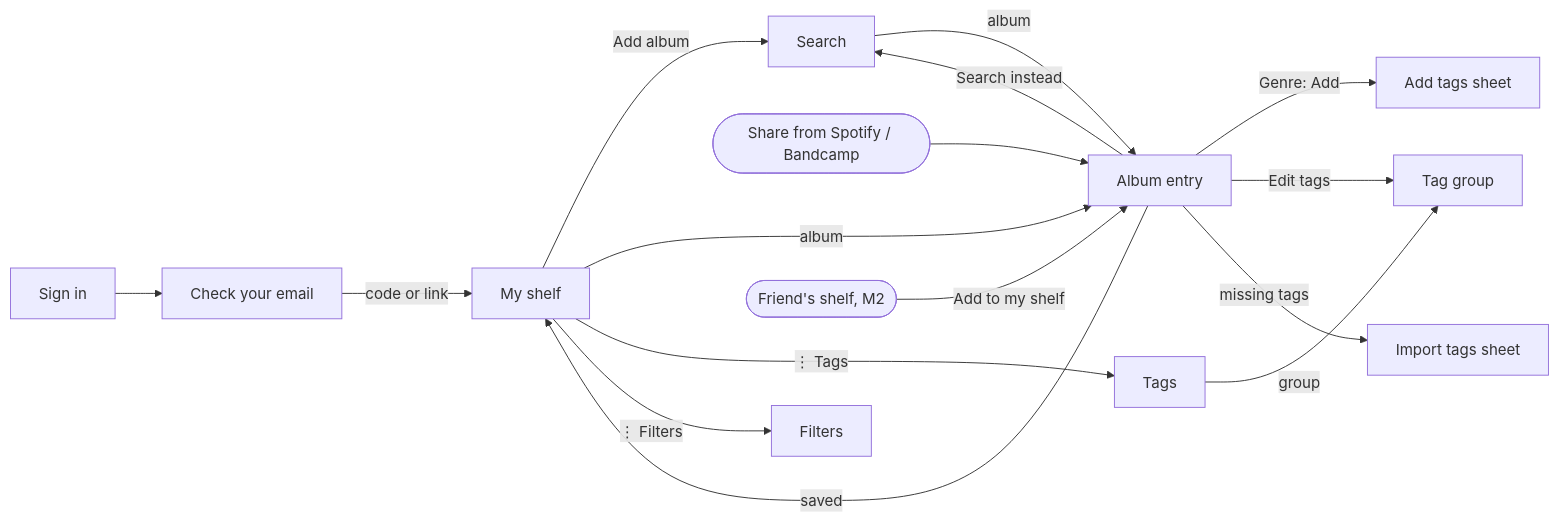
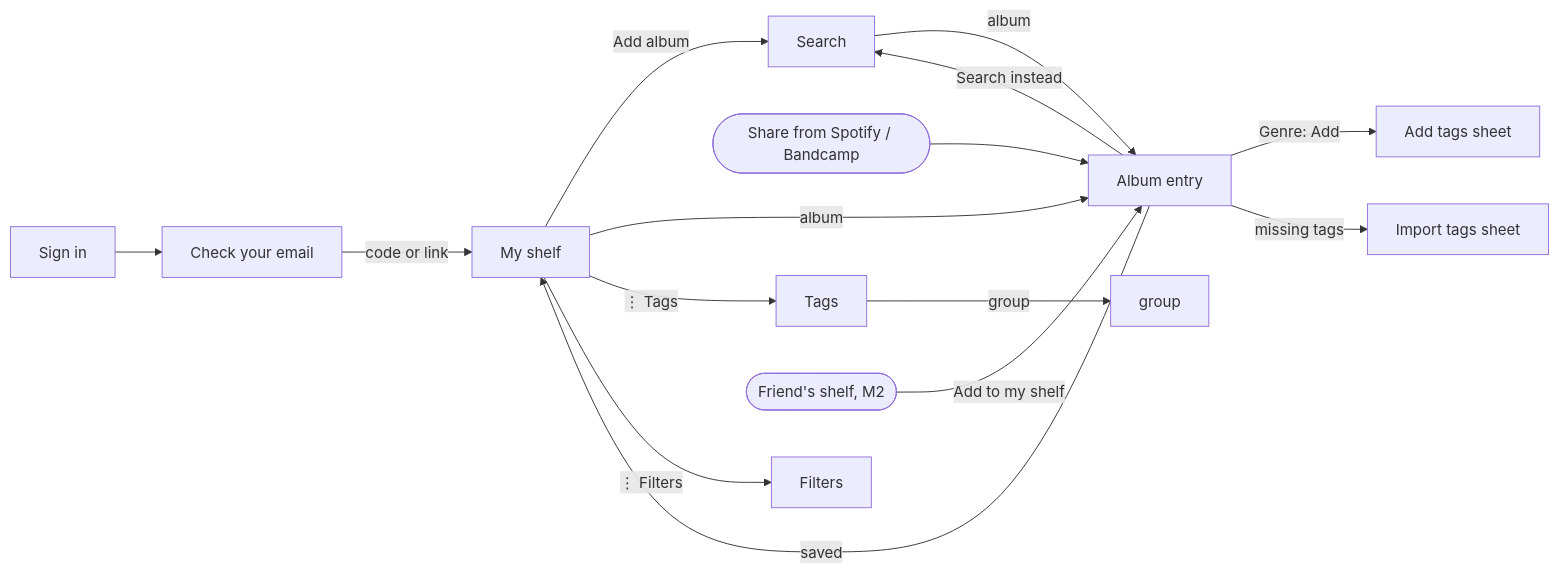
Before and after one commit to Schwub/shelf: the diagram in docs/design/screens.md, drawn with Mermaid. The commit also changed other lines of this file and 14 other files, not shown here.

````diff
--- a/docs/design/screens.md
+++ b/docs/design/screens.md
@@ -27,18 +27,17 @@
 ```mermaid
 flowchart LR
   signin[Sign in] --> check[Check your email]
   check -- code or link --> shelf[My shelf]
   shelf -- Add album --> search[Search]
   search -- album --> entry[Album entry]
   shelf -- album --> entry
   share([Share from Spotify / Bandcamp]) --> entry
   entry -- Search instead --> search
   entry -- saved --> shelf
   entry -- Genre: Add --> addtags[Add tags sheet]
-  entry -- Edit tags --> group[Tag group]
   shelf -- ⋮ Tags --> tags[Tags]
   tags -- group --> group
   shelf -- ⋮ Filters --> filters[Filters]
   friend([Friend's shelf, M2]) -- Add to my shelf --> entry
   entry -- missing tags --> import[Import tags sheet]
 ```
````
